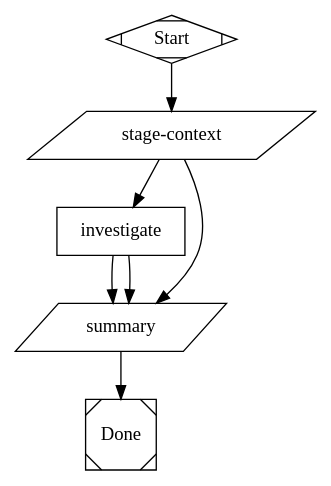
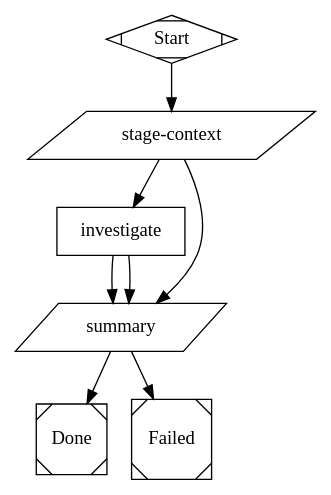
Before and after one commit to mattleaverton/kilroy: the diagram in workflows/investigate/graph.dot, drawn with Graphviz. The commit also changed 10 other files, not shown here.

```diff
--- a/workflows/investigate/graph.dot
+++ b/workflows/investigate/graph.dot
@@ -1,29 +1,34 @@
 digraph investigate {
     graph [
         inputs="question",
         outputs="result.md",
         model_stylesheet="
             * { llm_provider: anthropic; llm_model: claude-sonnet-4.6; }
         "
     ]
 
     start         [shape=Mdiamond, label="Start"]
     stage_context [shape=parallelogram, label="stage-context",
                    tool_command="bash .kilroy/package/scripts/stage-context.sh"]
     agent         [shape=box, label="investigate", agent_tool="claude", agent_class="deep_investigation",
                    prompt="You are a research agent in a kilroy worktree. Your task is in .kilroy/INPUT.md under the ## question section. If a ## context_files section is present, those paths point at files to read for context. If a ## urls section is present, fetch and analyze those URLs. If a ## scope_directive section is present, treat it as a hard guardrail. Investigate thoroughly: read source material, follow chains of reasoning, distinguish what you know from what you're inferring. Time-cap: if a single line of inquiry is not converging within ~30 minutes, write what you have and stop. Do not modify any code files — write only result.md at the workspace root. Required structure: TL;DR (2-3 sentences answering the question directly), Findings (numbered, with evidence and citations to context files or URLs), Open questions (what would change the answer if you knew it), Methodology (one paragraph on what you did and what you didn't). When finished, write {\"status\":\"success\"} to $KILROY_STAGE_STATUS_PATH or $KILROY_STAGE_STATUS_FALLBACK_PATH if that fails.",
                    outputs="result.md"]
     summary       [shape=parallelogram, label="summary",
-                   tool_command="bash .kilroy/package/scripts/summary.sh"]
+                   tool_command="bash .kilroy/package/scripts/summary.sh",
+                   max_retries="0"]
     done          [shape=Msquare, label="Done"]
+    failed        [shape=Msquare, terminal_status="fail", label="Failed",
+                   failure_reason="agent_did_not_write_result"]
 
     // No verify or diff stage — investigate is read-only research; the
-    // only artifact is result.md. summary synthesizes a BLOCKED: result.md
-    // when the agent didn't produce one.
+    // only artifact is result.md. summary fails (exit 1) when it had
+    // to synthesize a BLOCKED stub; the failed terminal then records
+    // FinalFail at the run level so dashboards can trust final.json.
     start         -> stage_context
     stage_context -> agent          [condition="outcome=success"]
     stage_context -> summary        [condition="outcome!=success"]
     agent         -> summary        [condition="outcome=success"]
     agent         -> summary        [condition="outcome!=success"]
     summary       -> done            [condition="outcome=success"]
+    summary       -> failed          [condition="outcome!=success"]
 }
```
